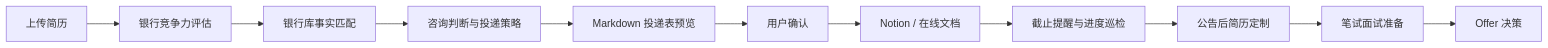
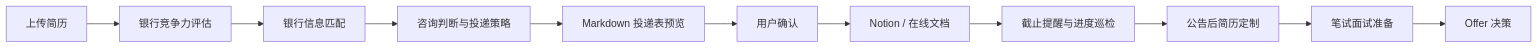
The diagram in README.md (wljsxmmxmm/bank-autumn-recruitment-skill), drawn with Mermaid before and after one commit. The commit also changed other lines of this file and 1 other file, not shown here.

````diff
--- a/README.md
+++ b/README.md
@@ -47,13 +47,13 @@
 ```mermaid
 flowchart LR
     A["上传简历"] --> B["银行竞争力评估"]
-    B --> C["银行库事实匹配"]
+    B --> C["银行信息匹配"]
     C --> D["咨询判断与投递策略"]
     D --> E["Markdown 投递表预览"]
     E --> F["用户确认"]
     F --> G["Notion / 在线文档"]
     G --> H["截止提醒与进度巡检"]
     H --> I["公告后简历定制"]
     I --> J["笔试面试准备"]
     J --> K["Offer 决策"]
 ```
````
